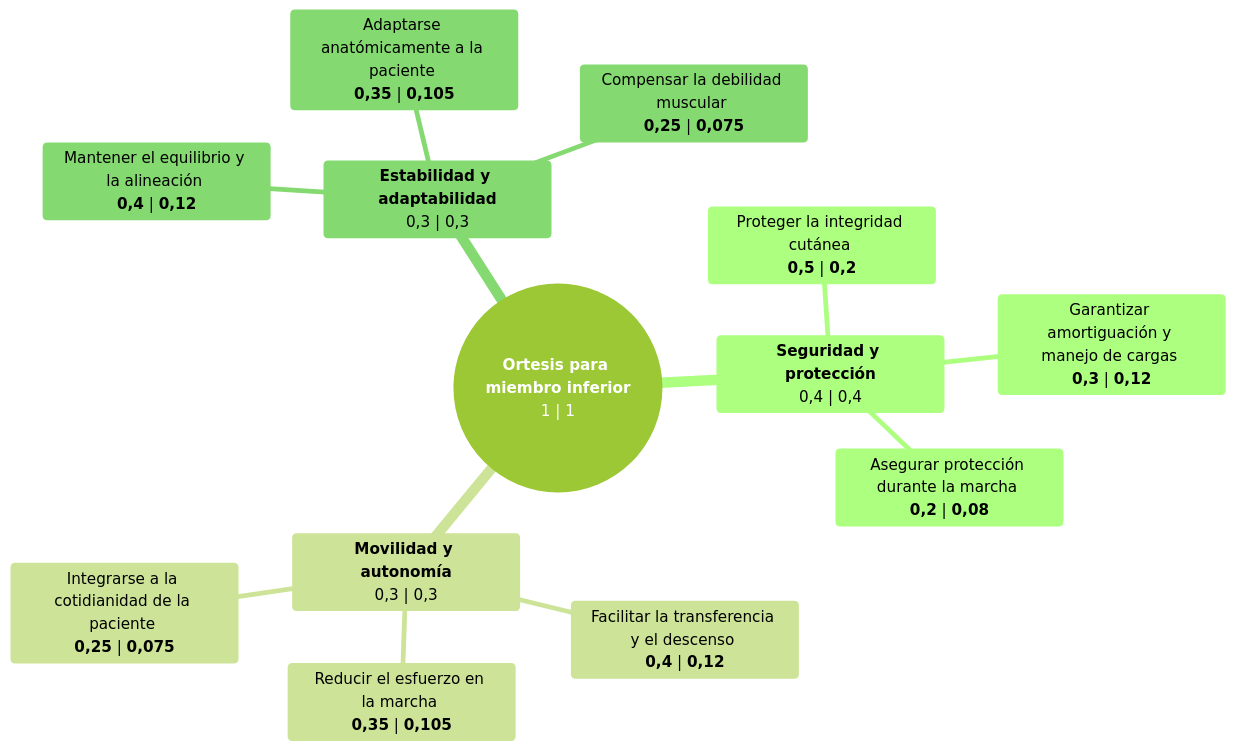
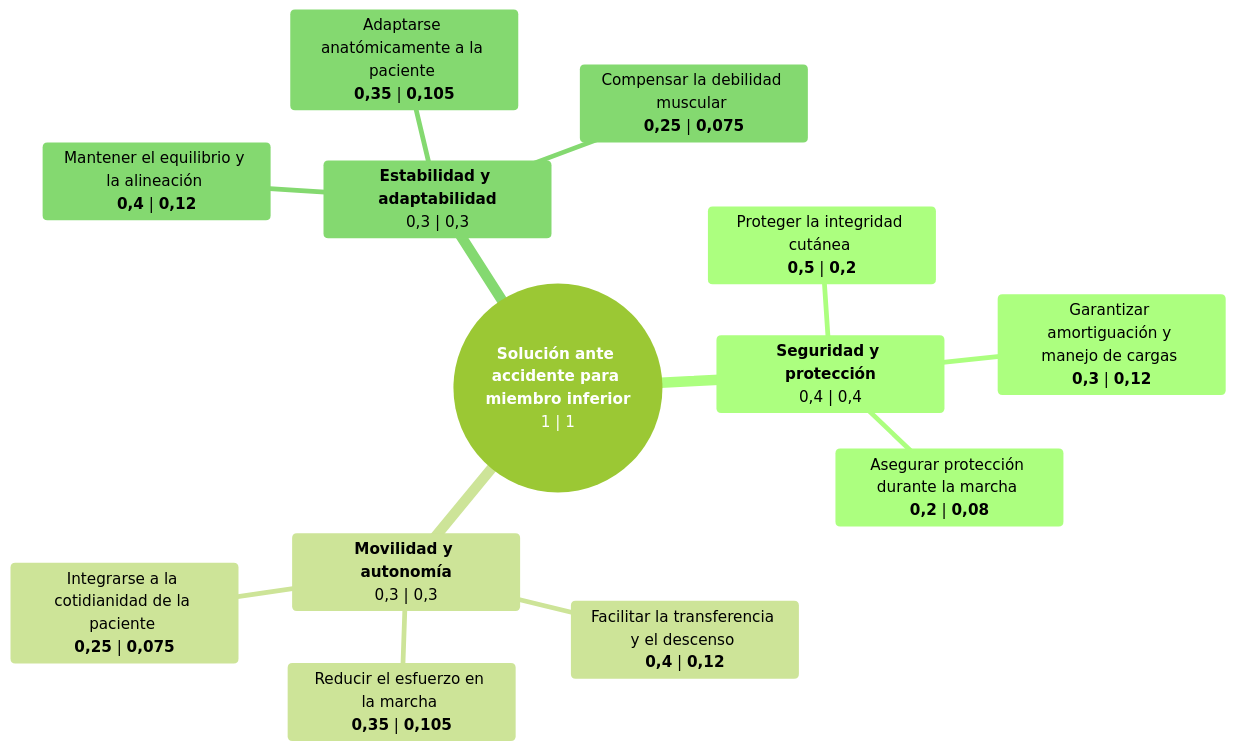
Before and after one commit to sopigg28/Dise-o1: the diagram in 03_Insights/02_Árbol de objetivos.md, drawn with Mermaid (forest theme).

Commit message:
Update 02_Árbol de objetivos.md

````diff
--- a/03_Insights/02_Árbol de objetivos.md
+++ b/03_Insights/02_Árbol de objetivos.md
@@ -32,16 +32,16 @@
 ```mermaid
 mindmap
-  root((**Ortesis para miembro inferior**<br>1 | 1))
+  root((**Solución ante accidente para miembro inferior**<br>1 | 1))
     **Seguridad y protección**<br>0,4 | 0,4
       Proteger la integridad cutánea <br>**0,5** | **0,2**
       Garantizar amortiguación y manejo de cargas <br>**0,3** | **0,12**
       Asegurar protección durante la marcha <br>**0,2** | **0,08**
     **Movilidad y autonomía**<br>0,3 | 0,3
       Facilitar la transferencia y el descenso <br>**0,4** | **0,12**
       Reducir el esfuerzo en la marcha <br>**0,35** | **0,105**
       Integrarse a la cotidianidad de la paciente <br>**0,25** | **0,075**
     **Estabilidad y adaptabilidad**<br>0,3 | 0,3
       Mantener el equilibrio y la alineación <br>**0,4** | **0,12**
       Adaptarse anatómicamente a la paciente <br>**0,35** | **0,105**
       Compensar la debilidad muscular <br>**0,25** | **0,075**
 ```
````
